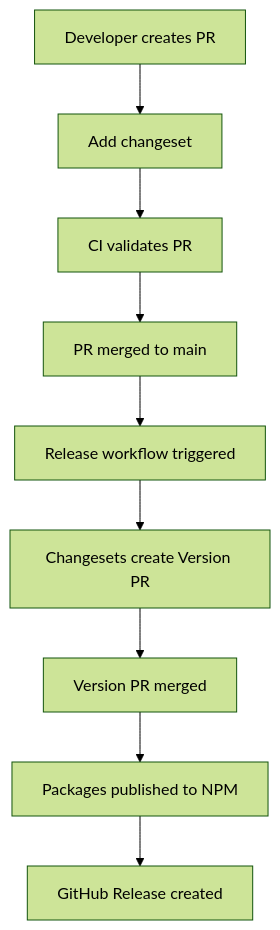
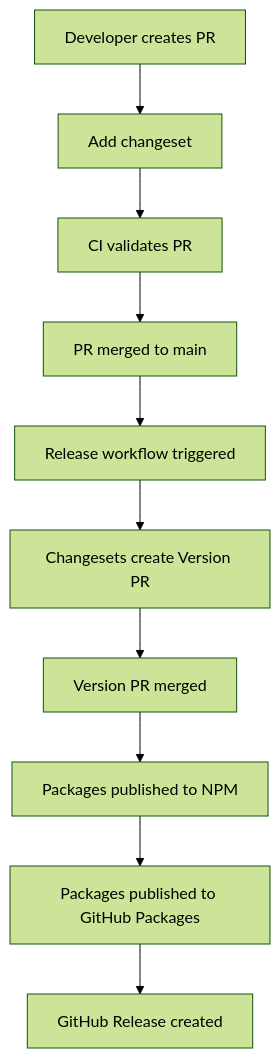
The diagram in docs/release-process.md (RobEasthope/protomolecule), drawn with Mermaid (forest theme) before and after one commit. The commit also changed other lines of this file, not shown here.

First line of the commit message:
docs: update release process documentation for GitHub Packages

````diff
--- a/docs/release-process.md
+++ b/docs/release-process.md
@@ -16,11 +17,12 @@
 ```mermaid
 graph TD
     A[Developer creates PR] --> B[Add changeset]
     B --> C[CI validates PR]
     C --> D[PR merged to main]
     D --> E[Release workflow triggered]
     E --> F[Changesets create Version PR]
     F --> G[Version PR merged]
     G --> H[Packages published to NPM]
-    H --> I[GitHub Release created]
+    H --> I[Packages published to GitHub Packages]
+    I --> J[GitHub Release created]
 ```
````
